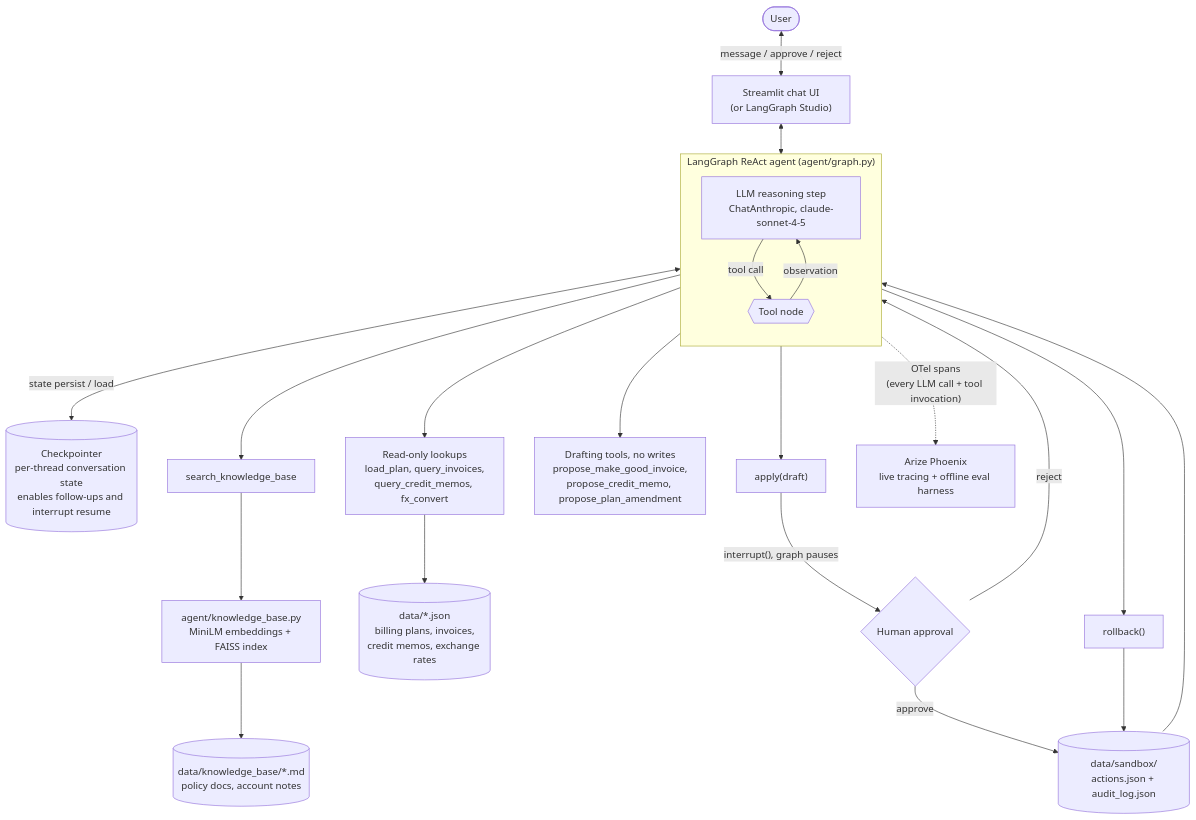
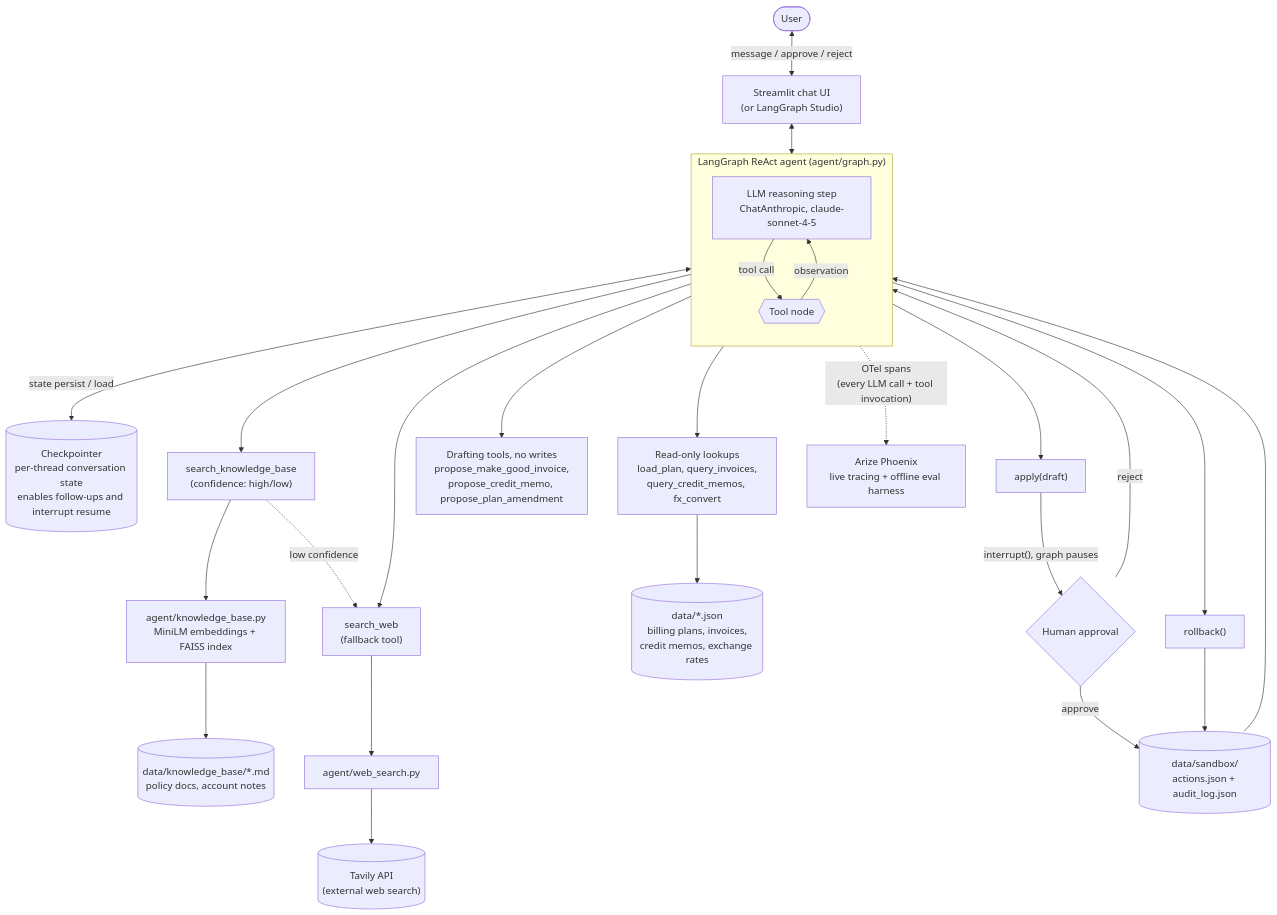
The diagram in README.md (mgonzalezsanz/ai-leakage-detective), drawn with Mermaid before and after one commit. The commit also changed other lines of this file, not shown here.

Commit message:
docs: update README for web search fallback

````diff
--- a/README.md
+++ b/README.md
@@ -61,33 +61,37 @@
 ```mermaid
 flowchart TD
     User(["User"]) <-->|"message / approve / reject"| UI["Streamlit chat UI<br/>(or LangGraph Studio)"]
 
     subgraph Graph["LangGraph ReAct agent (agent/graph.py)"]
         direction TB
         LLM["LLM reasoning step<br/>ChatAnthropic, claude-sonnet-4-5"]
         Tools{{"Tool node"}}
         LLM -->|"tool call"| Tools
         Tools -->|"observation"| LLM
     end
 
     UI <--> LLM
     LLM <-->|"state persist / load"| Checkpointer[("Checkpointer<br/>per-thread conversation state<br/>enables follow-ups and interrupt resume")]
 
     Tools --> ReadOnly["Read-only lookups<br/>load_plan, query_invoices,<br/>query_credit_memos, fx_convert"]
-    Tools --> RAG["search_knowledge_base"]
+    Tools --> RAG["search_knowledge_base<br/>(confidence: high/low)"]
+    Tools --> Web["search_web<br/>(fallback tool)"]
     Tools --> Propose["Drafting tools, no writes<br/>propose_make_good_invoice,<br/>propose_credit_memo, propose_plan_amendment"]
     Tools --> Apply["apply(draft)"]
     Tools --> Rollback["rollback()"]
 
     ReadOnly --> Fixtures[("data/*.json<br/>billing plans, invoices,<br/>credit memos, exchange rates")]
     RAG --> KB["agent/knowledge_base.py<br/>MiniLM embeddings + FAISS index"]
     KB --> KBDocs[("data/knowledge_base/*.md<br/>policy docs, account notes")]
+    RAG -.->|"low confidence"| Web
+    Web --> WebSearch["agent/web_search.py"]
+    WebSearch --> Tavily[("Tavily API<br/>(external web search)")]
 
     Apply -->|"interrupt(), graph pauses"| Gate{"Human approval"}
     Gate -->|"reject"| Tools
     Gate -->|"approve"| Sandbox[("data/sandbox/<br/>actions.json + audit_log.json")]
     Rollback --> Sandbox
     Sandbox --> Tools
 
     Tools -.->|"OTel spans<br/>(every LLM call + tool invocation)"| Phoenix["Arize Phoenix<br/>live tracing + offline eval harness"]
 ```
````
